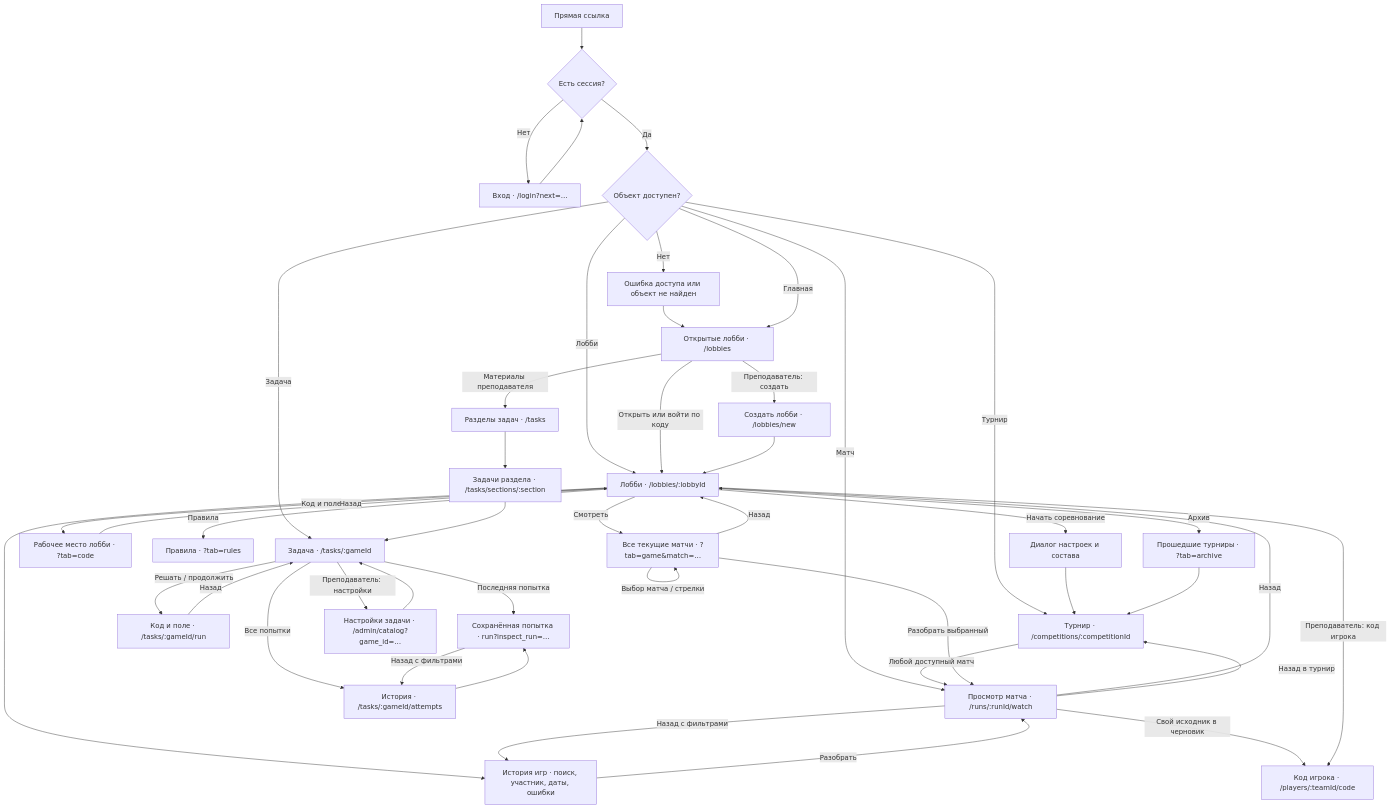
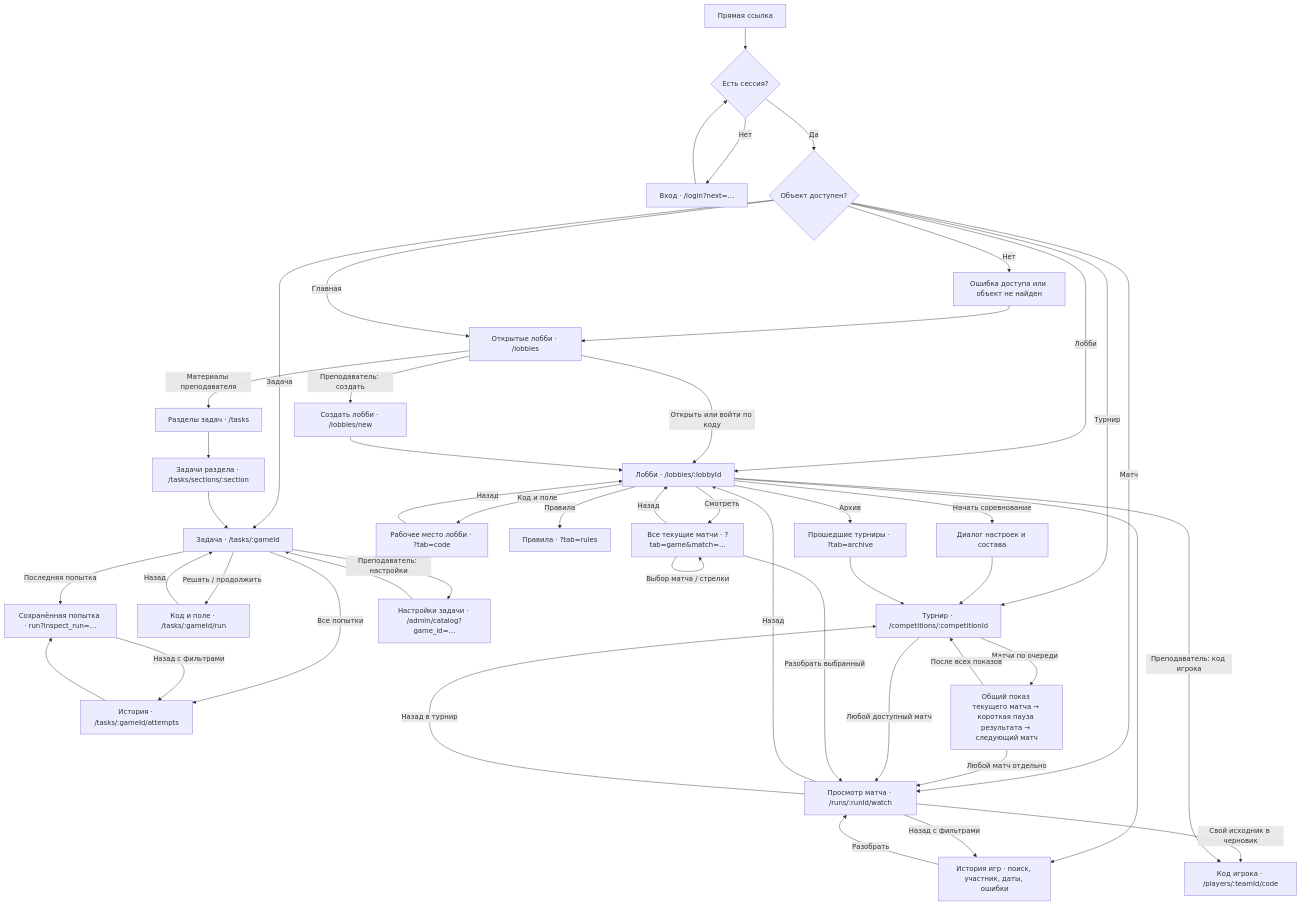
One commit to roctbb/ai-game-engine changed the first of 5 diagrams in docs/UX_GRAPH_V2.md. Above: the diagram before and after it, drawn with Mermaid. The commit also changed other lines of this file and 27 other files, not shown here.

````diff
--- a/docs/UX_GRAPH_V2.md
+++ b/docs/UX_GRAPH_V2.md
@@ -9,47 +9,50 @@
 ```mermaid
 flowchart TD
     URL["Прямая ссылка"] --> AUTH{"Есть сессия?"}
     AUTH -->|Нет| LOGIN["Вход · /login?next=…"]
     LOGIN --> AUTH
     AUTH -->|Да| ACCESS{"Объект доступен?"}
     ACCESS -->|Нет| ERROR["Ошибка доступа или объект не найден"]
     ERROR --> HOME
     ACCESS -->|Главная| HOME["Открытые лобби · /lobbies"]
     ACCESS -->|Задача| TASK["Задача · /tasks/:gameId"]
     ACCESS -->|Лобби| LOBBY["Лобби · /lobbies/:lobbyId"]
     ACCESS -->|Турнир| CUP["Турнир · /competitions/:competitionId"]
     ACCESS -->|Матч| WATCH["Просмотр матча · /runs/:runId/watch"]
     HOME -->|Открыть или войти по коду| LOBBY
     HOME -->|Преподаватель: создать| NEW["Создать лобби · /lobbies/new"]
     NEW --> LOBBY
     HOME -->|Материалы преподавателя| MATERIALS["Разделы задач · /tasks"]
     MATERIALS --> SECTION["Задачи раздела · /tasks/sections/:section"]
     SECTION --> TASK
     TASK -->|Решать / продолжить| EDIT["Код и поле · /tasks/:gameId/run"]
     TASK -->|Последняя попытка| INSPECT["Сохранённая попытка · run?inspect_run=…"]
     TASK -->|Все попытки| HISTORY["История · /tasks/:gameId/attempts"]
     HISTORY --> INSPECT
     INSPECT -->|Назад с фильтрами| HISTORY
     EDIT -->|Назад| TASK
     TASK -->|Преподаватель: настройки| SETTINGS["Настройки задачи · /admin/catalog?game_id=…"]
     SETTINGS --> TASK
     LOBBY -->|Код и поле| LCODE["Рабочее место лобби · ?tab=code"]
     LCODE -->|Назад| LOBBY
     LOBBY -->|Правила| RULES["Правила · ?tab=rules"]
     LOBBY -->|Начать соревнование| ROSTER["Диалог настроек и состава"]
     ROSTER --> CUP
+    CUP -->|Матчи по очереди| SHOW["Общий показ текущего матча → короткая пауза результата → следующий матч"]
+    SHOW -->|Любой матч отдельно| WATCH
+    SHOW -->|После всех показов| CUP
     LOBBY -->|Архив| ARCHIVE["Прошедшие турниры · ?tab=archive"]
     ARCHIVE --> CUP
     CUP -->|Любой доступный матч| WATCH
     LOBBY -->|Смотреть| LIVE["Все текущие матчи · ?tab=game&match=…"]
     LIVE -->|Выбор матча / стрелки| LIVE
     LIVE -->|Разобрать выбранный| WATCH
     LIVE -->|Назад| LOBBY
     LOBBY --> PAST["История игр · поиск, участник, даты, ошибки"]
     PAST -->|Разобрать| WATCH
     WATCH -->|Назад с фильтрами| PAST
     WATCH -->|Назад| LOBBY
     WATCH -->|Назад в турнир| CUP
     WATCH -->|Свой исходник в черновик| PLAYER["Код игрока · /players/:teamId/code"]
     LOBBY -->|Преподаватель: код игрока| PLAYER
 ```
````
